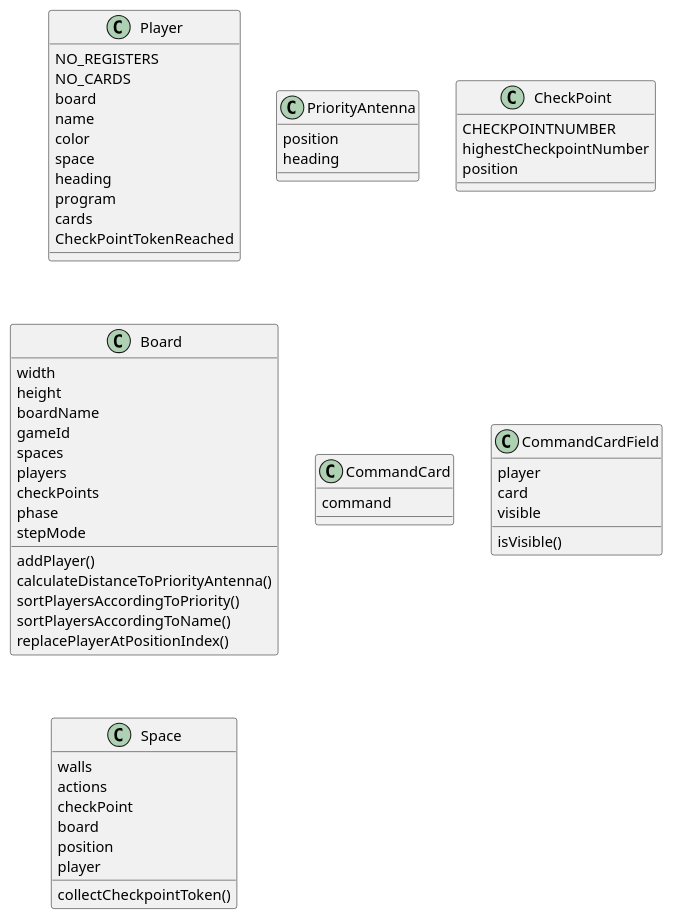
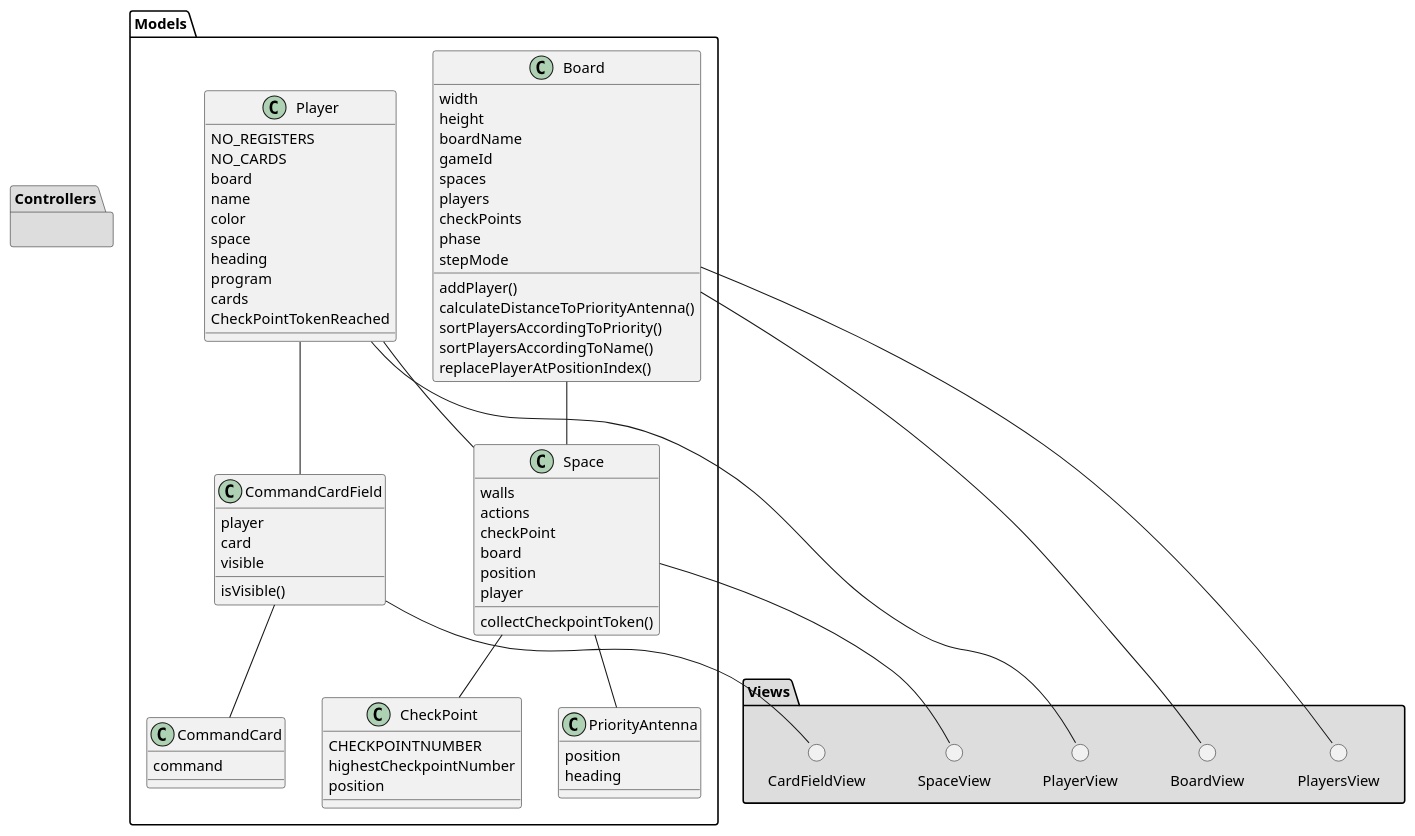
The diagram in PlantUML/ModelClassDiagram.puml (MarkBidstrup/RoboRally), drawn with PlantUML before and after one commit. The commit also changed 2 other files, not shown here.

Commit message:
Updated class diagrams

```diff
--- a/PlantUML/ModelClassDiagram.puml
+++ b/PlantUML/ModelClassDiagram.puml
@@ -1,69 +1,102 @@
 @startuml
 'https://plantuml.com/class-diagram
 
-class Player {
-        NO_REGISTERS
-        NO_CARDS
+package Models {
+
+    class Player {
+            NO_REGISTERS
+            NO_CARDS
+            board
+            name
+            color
+            space
+            heading
+            program
+            cards
+            CheckPointTokenReached
+    }
+
+    class PriorityAntenna {
+        position
+        heading
+    }
+
+    class CheckPoint {
+        CHECKPOINTNUMBER
+        highestCheckpointNumber
+        position
+    }
+
+    class Board {
+        width
+        height
+        boardName
+        gameId
+        spaces
+        players
+        checkPoints
+        phase
+        stepMode
+
+        addPlayer()
+        calculateDistanceToPriorityAntenna()
+        sortPlayersAccordingToPriority()
+        sortPlayersAccordingToName()
+        replacePlayerAtPositionIndex()
+    }
+
+    class CommandCard {
+        command
+    }
+
+    class CommandCardField {
+        player
+        card
+        visible
+
+        isVisible()
+    }
+
+    class Space {
+        walls
+        actions
+        checkPoint
         board
-        name
-        color
-        space
-        heading
-        program
-        cards
-        CheckPointTokenReached
+        position
+        player
+
+        collectCheckpointToken()
+    }
+
 }
 
-class PriorityAntenna {
-    position
-    heading
+package "Views" #DDDDDD {
+
+    () BoardView
+    () PlayersView
+    () CardFieldView
+    () PlayerView
+    () SpaceView
+
 }
 
-class CheckPoint {
-    CHECKPOINTNUMBER
-    highestCheckpointNumber
-    position
+package "Controllers" #DDDDDD {
+
 }
 
-class Board {
-    width
-    height
-    boardName
-    gameId
-    spaces
-    players
-    checkPoints
-    phase
-    stepMode
+'Models
+Board -- Space
+Space -- CheckPoint
+Space -- PriorityAntenna
+Player -- Space
+Player -- CommandCardField
+CommandCardField -- CommandCard
 
-    addPlayer()
-    calculateDistanceToPriorityAntenna()
-    sortPlayersAccordingToPriority()
-    sortPlayersAccordingToName()
-    replacePlayerAtPositionIndex()
-}
-
-class CommandCard {
-    command
-}
-
-class CommandCardField {
-    player
-    card
-    visible
-
-    isVisible()
-}
-
-class Space {
-    walls
-    actions
-    checkPoint
-    board
-    position
-    player
-
-    collectCheckpointToken()
-}
+'Views
+Board -- BoardView
+Board -- PlayersView
+CommandCardField -- CardFieldView
+Player -- PlayerView
+Space -- SpaceView
 
 @enduml
```
